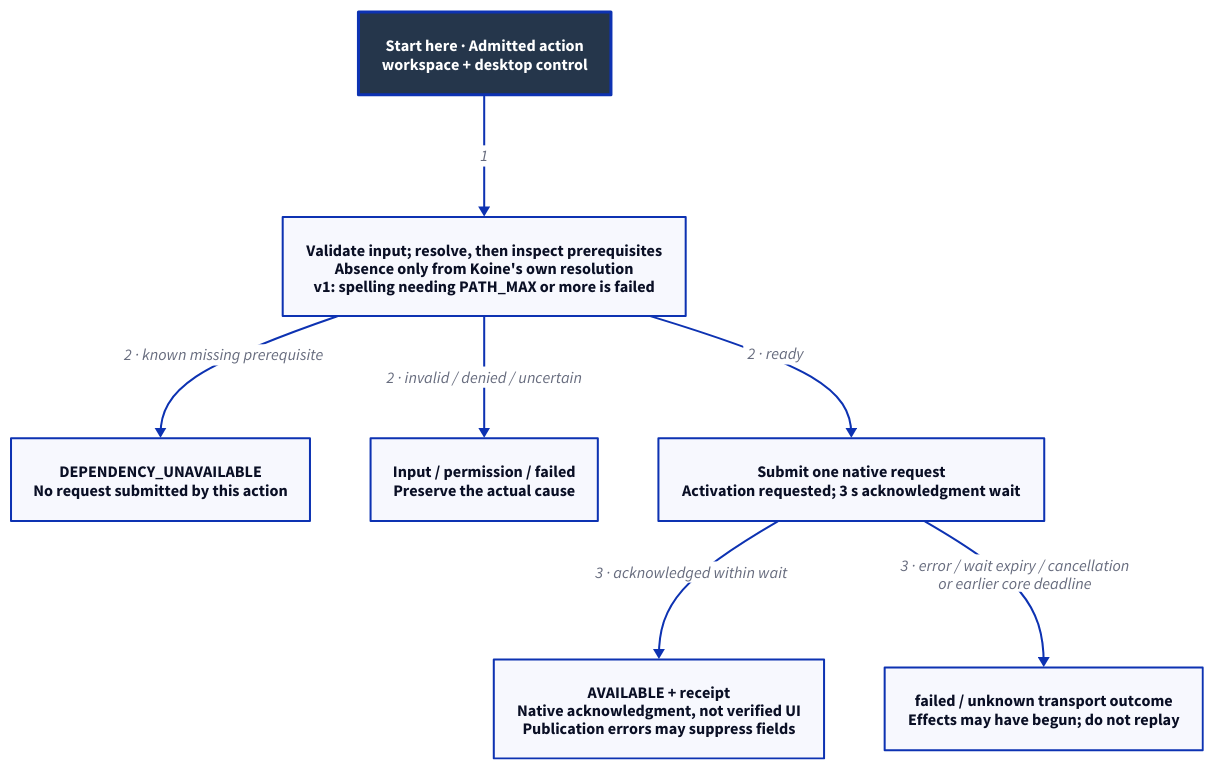
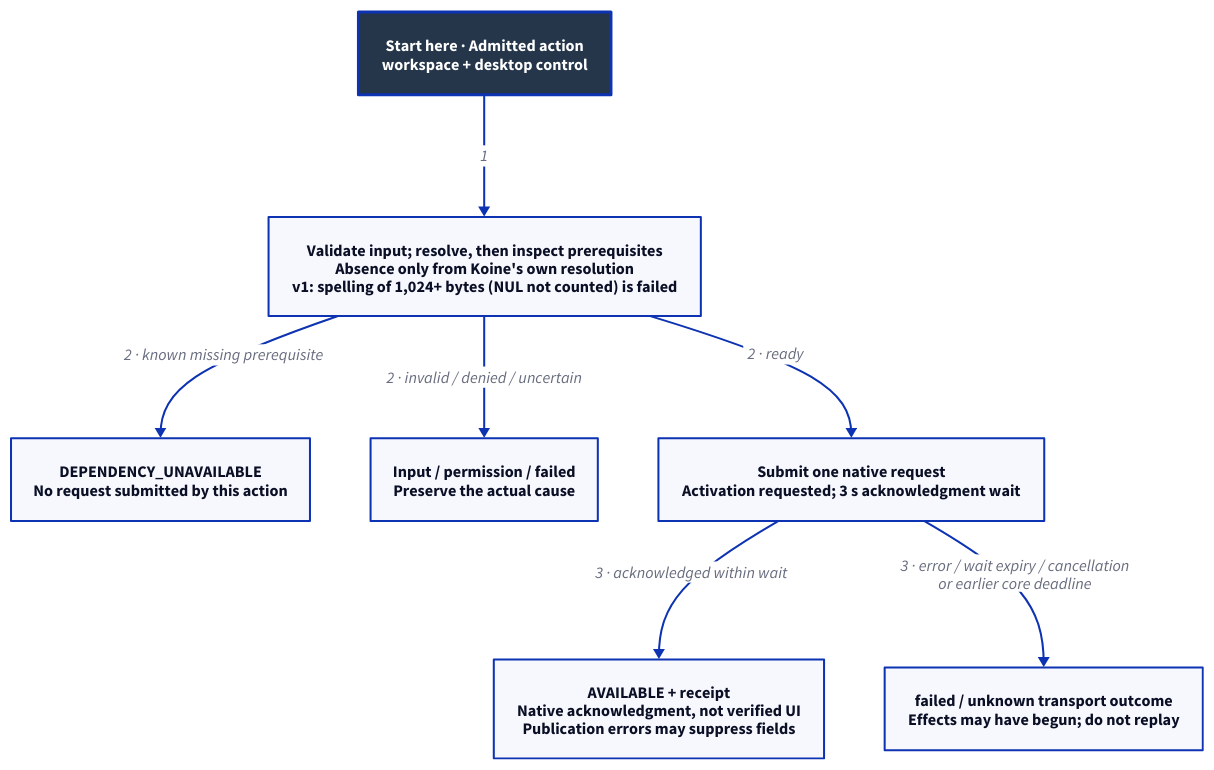
Before and after one commit to Linkuistics/Koine: the diagram in docs/design/architecture/workspace-outcomes.d2, drawn with D2. The commit also changed 23 other files, not shown here.

```diff
--- a/docs/design/architecture/workspace-outcomes.d2
+++ b/docs/design/architecture/workspace-outcomes.d2
@@ -1,18 +1,18 @@
 # Control flow, not a state machine or model-checking result.
 direction: down
 classes: {
   start: {style: {fill: "#25364B"; font-color: "#FFFFFF"; bold: true; stroke-width: 3}}
 }
 Admit: "Start here · Admitted action\nworkspace + desktop control" {class: start}
-Inspect: "Validate input; resolve, then inspect prerequisites\nAbsence only from Koine's own resolution\nv1: spelling needing PATH_MAX or more is failed"
+Inspect: "Validate input; resolve, then inspect prerequisites\nAbsence only from Koine's own resolution\nv1: spelling of 1,024+ bytes (NUL not counted) is failed"
 Missing: "DEPENDENCY_UNAVAILABLE\nNo request submitted by this action"
 Refuse: "Input / permission / failed\nPreserve the actual cause"
 Submit: "Submit one native request\nActivation requested; 3 s acknowledgment wait"
 Accepted: "AVAILABLE + receipt\nNative acknowledgment, not verified UI\nPublication errors may suppress fields"
 Failed: "failed / unknown transport outcome\nEffects may have begun; do not replay"
 Admit -> Inspect: "1"
 Inspect -> Missing: "2 · known missing prerequisite"
 Inspect -> Refuse: "2 · invalid / denied / uncertain"
 Inspect -> Submit: "2 · ready"
 Submit -> Accepted: "3 · acknowledged within wait"
 Submit -> Failed: "3 · error / wait expiry / cancellation\nor earlier core deadline"
```
